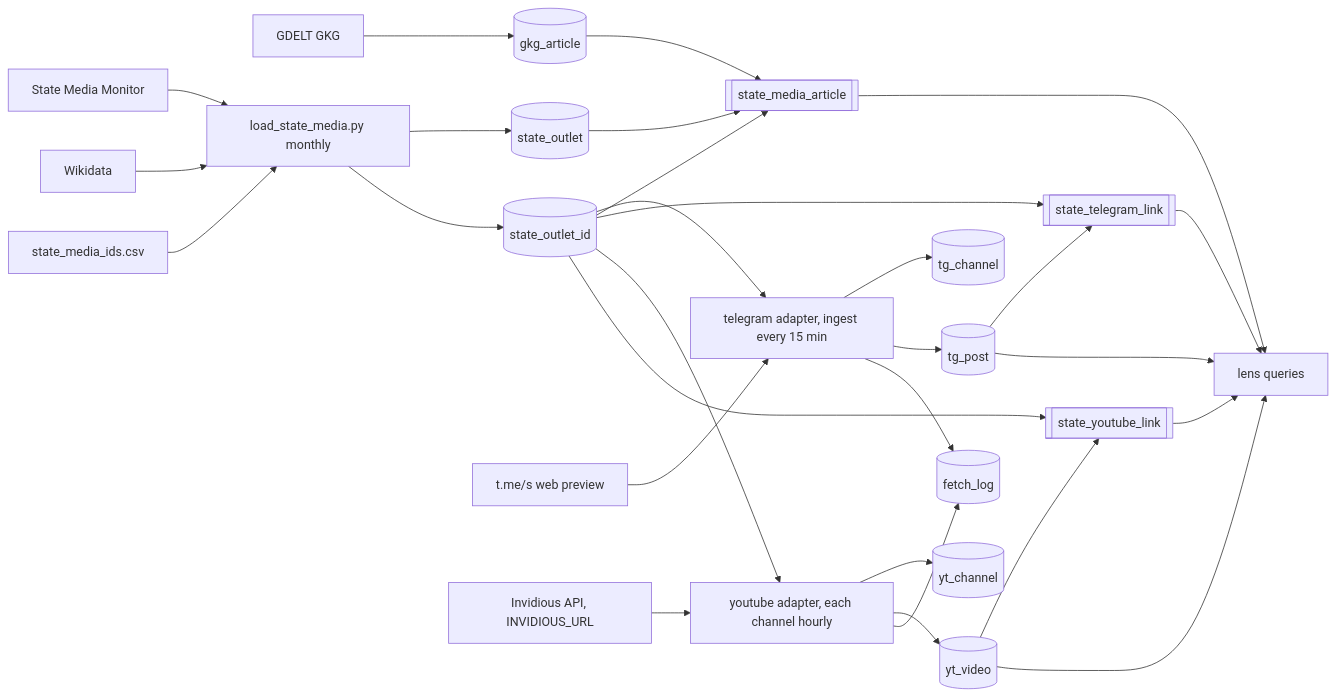
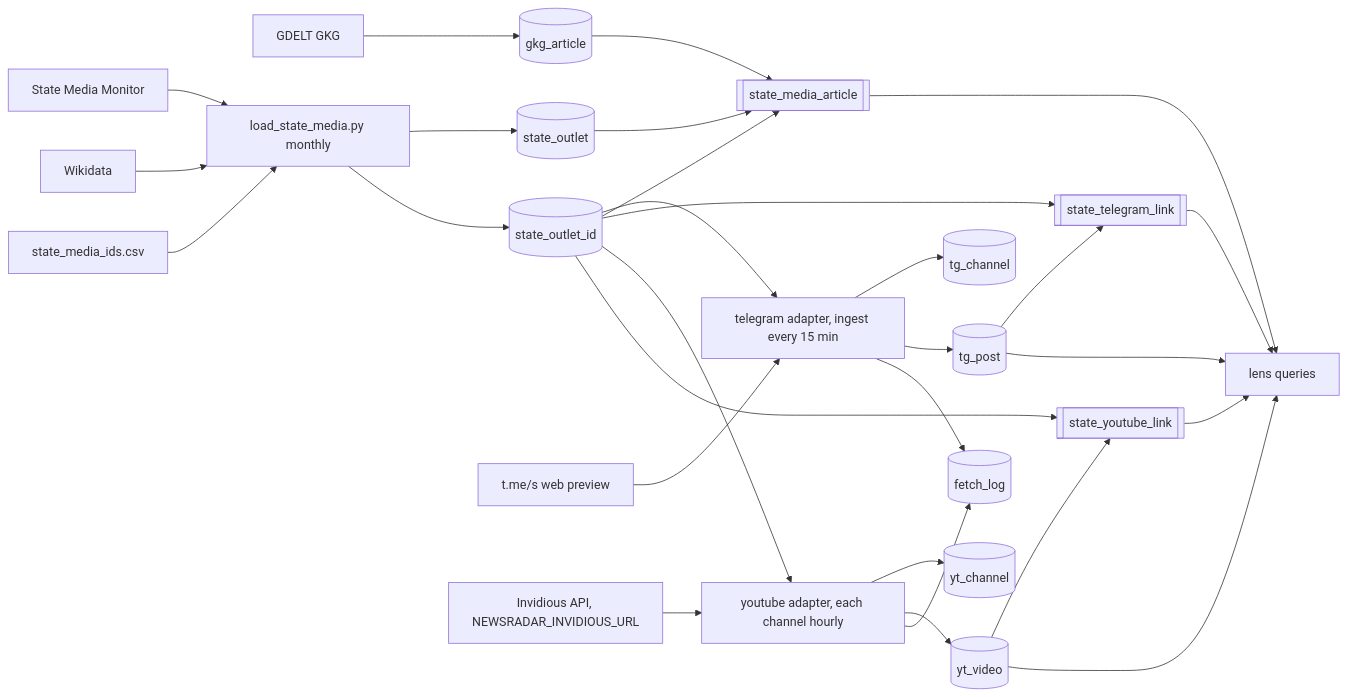
One commit to jamesonhohbein/news-radar changed the second of 2 diagrams in specs/state-youtube.md. Above: the diagram before and after it, drawn with Mermaid. The commit also changed other lines of this file and 10 other files, not shown here.

First line of the commit message:
Collect state media YouTube uploads via Invidious (specs/state-youtube.md) (#26)

````diff
--- a/specs/state-youtube.md
+++ b/specs/state-youtube.md
@@ -166,31 +172,31 @@
 ```mermaid
 flowchart LR
   GDELT[GDELT GKG] --> GKG[(gkg_article)]
   SMM[State Media Monitor] --> Loader[load_state_media.py monthly]
   WD[Wikidata] --> Loader
   CSV[state_media_ids.csv] --> Loader
   Loader --> SO[(state_outlet)]
   Loader --> SOI[(state_outlet_id)]
   GKG --> SMA[[state_media_article]]
   SOI --> SMA
   SO --> SMA
   TG[t.me/s web preview] --> Coll[telegram adapter, ingest every 15 min]
   SOI --> Coll
   Coll --> TC[(tg_channel)]
   Coll --> TP[(tg_post)]
   Coll --> FL[(fetch_log)]
   TP --> STL[[state_telegram_link]]
   SOI --> STL
-  INV[Invidious API, INVIDIOUS_URL] --> YColl[youtube adapter, each channel hourly]
+  INV[Invidious API, NEWSRADAR_INVIDIOUS_URL] --> YColl[youtube adapter, each channel hourly]
   SOI --> YColl
   YColl --> YC[(yt_channel)]
   YColl --> YV[(yt_video)]
   YColl --> FL
   YV --> SYL[[state_youtube_link]]
   SOI --> SYL
   SMA --> Lens[lens queries]
   TP --> Lens
   STL --> Lens
   YV --> Lens
   SYL --> Lens
 ```
````
